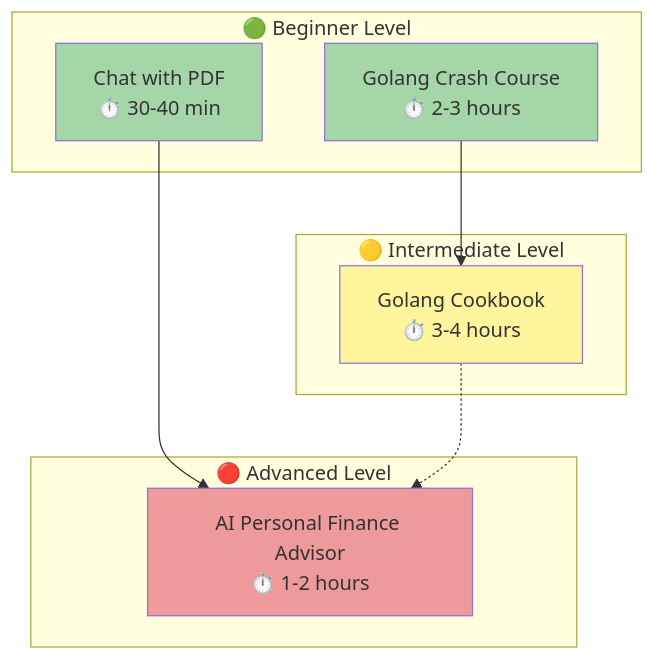
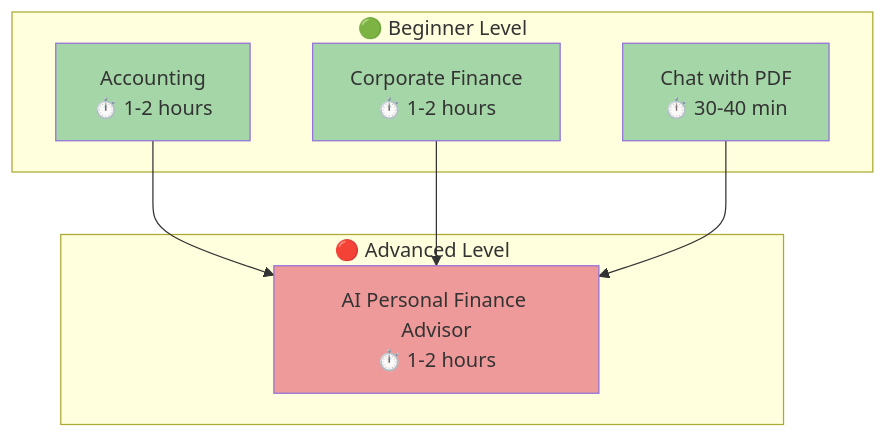
One commit to wahidyankf/open-sharia-enterprise changed the diagram in docs/tutorials/README.md. Above: the diagram before and after it, drawn with Mermaid. The commit also changed other lines of this file, not shown here.

````diff
--- a/docs/tutorials/README.md
+++ b/docs/tutorials/README.md
@@ -19,28 +19,24 @@
 ```mermaid
 graph TB
 	subgraph "🟢 Beginner Level"
-		A[Golang Crash Course<br/>⏱️ 2-3 hours]
-		D[Chat with PDF<br/>⏱️ 30-40 min]
-	end
-
-	subgraph "🟡 Intermediate Level"
-		B[Golang Cookbook<br/>⏱️ 3-4 hours]
+		A[Accounting<br/>⏱️ 1-2 hours]
+		B[Corporate Finance<br/>⏱️ 1-2 hours]
+		C[Chat with PDF<br/>⏱️ 30-40 min]
 	end
 
 	subgraph "🔴 Advanced Level"
-		C[AI Personal Finance Advisor<br/>⏱️ 1-2 hours]
+		D[AI Personal Finance Advisor<br/>⏱️ 1-2 hours]
 	end
 
-	A --> B
-	D --> C
-	B -.-> C
+	A --> D
+	B --> D
+	C --> D
 
 	style A fill:#a5d6a7
-	style D fill:#a5d6a7
-	style B fill:#fff59d
-	style C fill:#ef9a9a
+	style B fill:#a5d6a7
+	style C fill:#a5d6a7
+	style D fill:#ef9a9a
 
 	classDef beginner fill:#a5d6a7,stroke:#4caf50,stroke-width:2px
-	classDef intermediate fill:#fff59d,stroke:#fbc02d,stroke-width:2px
 	classDef advanced fill:#ef9a9a,stroke:#e53935,stroke-width:2px
 ```
````
